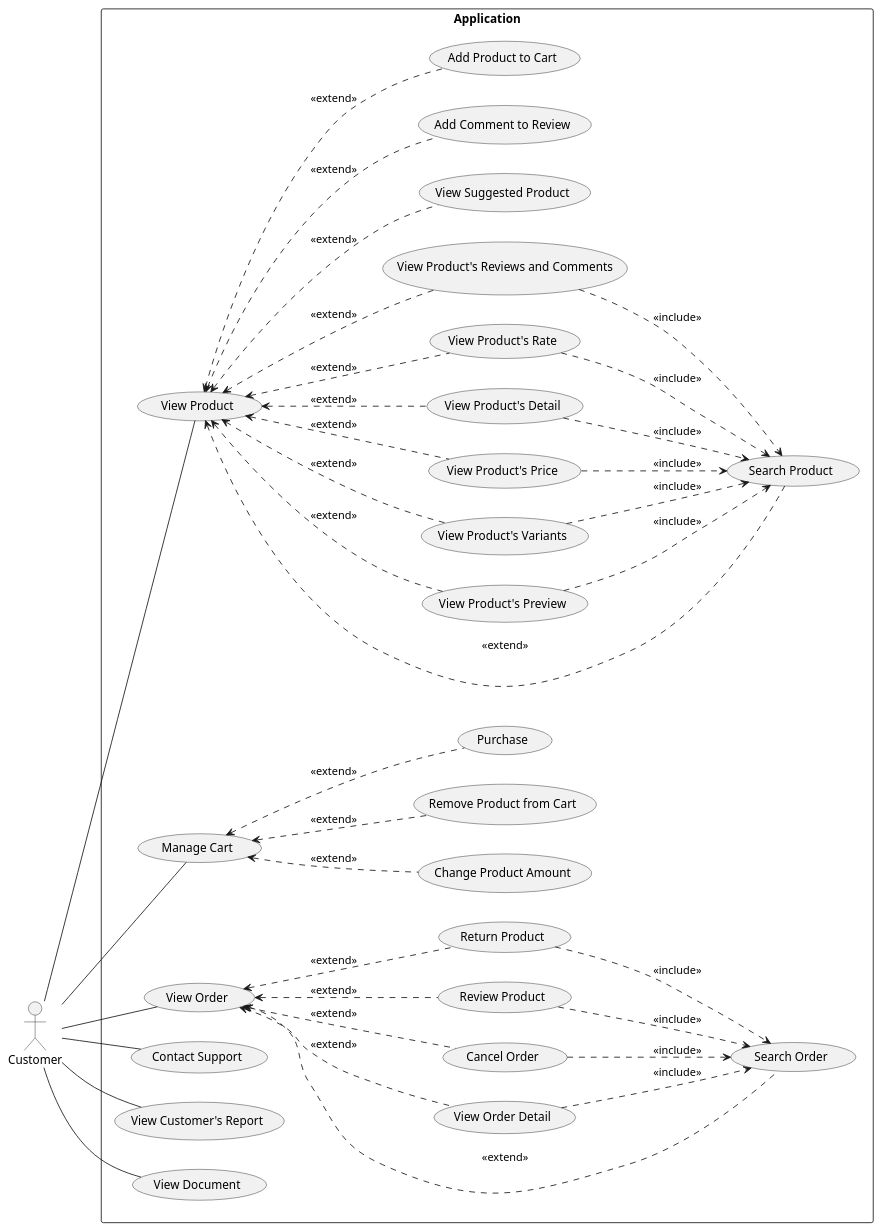
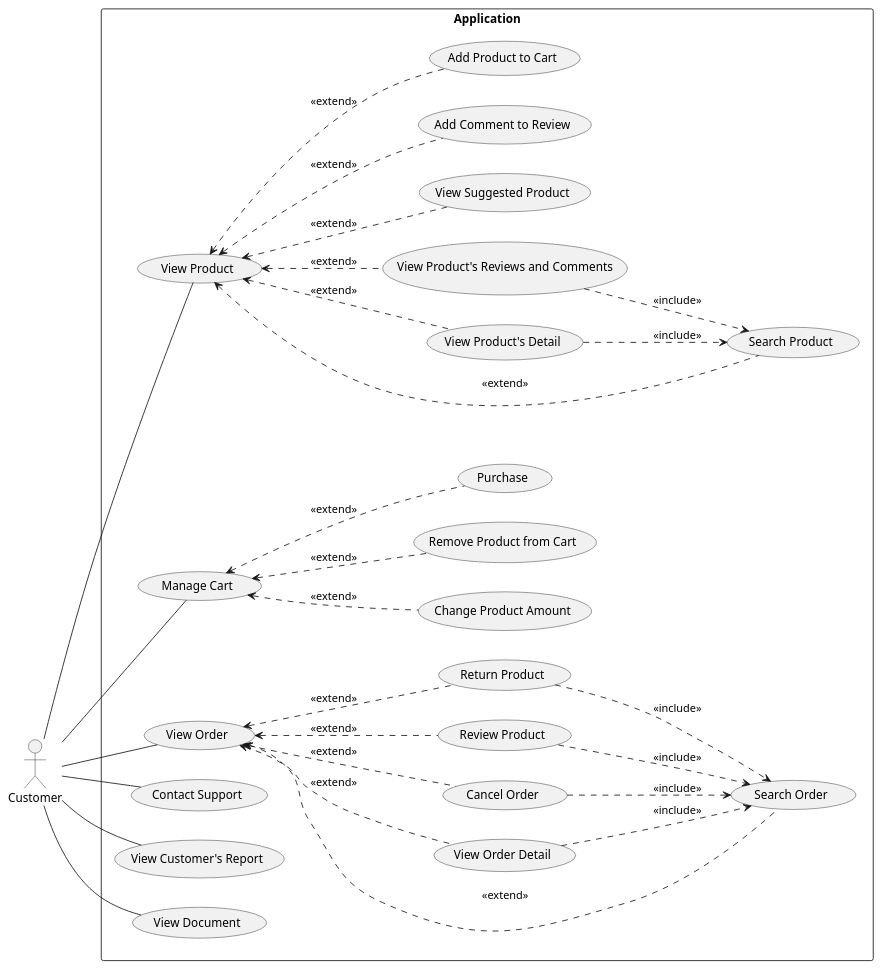
Before and after one commit to electricilies/electricilies.github.io: the diagram in docs/docs/use-case/customer.md, drawn with PlantUML. The commit also changed 14 other files, not shown here.

````diff
--- a/docs/docs/use-case/customer.md
+++ b/docs/docs/use-case/customer.md
@@ -3,70 +3,58 @@
 ```plantuml
 @startuml
 left to right direction
 actor Customer
 
 rectangle "Application" {
   usecase UC01 as "View Product"
   usecase UC02 as "Search Product"
-  usecase UC03 as "View Product's Preview"
-  usecase UC04 as "View Product's Variants"
-  usecase UC05 as "View Product's Price"
-  usecase UC06 as "View Product's Detail"
-  usecase UC07 as "View Product's Rate"
-  usecase UC08 as "View Product's Reviews and Comments"
-  usecase UC09 as "View Suggested Product"
-  usecase UC10 as "Add Comment to Review"
-  usecase UC11 as "Add Product to Cart"
-  usecase UC12 as "Manage Cart"
-  usecase UC13 as "Change Product Amount"
-  usecase UC14 as "Remove Product from Cart"
-  usecase UC15 as "Purchase"
-  usecase UC16 as "View Order"
-  usecase UC17 as "Search Order"
-  usecase UC18 as "View Order Detail"
-  usecase UC19 as "Cancel Order"
-  usecase UC20 as "Review Product"
-  usecase UC21 as "Return Product"
-  usecase UC22 as "Contact Support"
-  usecase UC23 as "View Customer's Report"
-  usecase UC24 as "View Document"
+  usecase UC03 as "View Product's Detail"
+  usecase UC04 as "View Product's Reviews and Comments"
+  usecase UC05 as "View Suggested Product"
+  usecase UC06 as "Add Comment to Review"
+  usecase UC07 as "Add Product to Cart"
+  usecase UC08 as "Manage Cart"
+  usecase UC09 as "Change Product Amount"
+  usecase UC10 as "Remove Product from Cart"
+  usecase UC11 as "Purchase"
+  usecase UC12 as "View Order"
+  usecase UC13 as "Search Order"
+  usecase UC14 as "View Order Detail"
+  usecase UC15 as "Cancel Order"
+  usecase UC16 as "Review Product"
+  usecase UC17 as "Return Product"
+  usecase UC18 as "Contact Support"
+  usecase UC19 as "View Customer's Report"
+  usecase UC20 as "View Document"
 }
 
 Customer -- UC01
+Customer -- UC08
 Customer -- UC12
-Customer -- UC16
-Customer -- UC22
-Customer -- UC23
-Customer -- UC24
+Customer -- UC18
+Customer -- UC19
+Customer -- UC20
 
 UC01 <.. UC02 : <<extend>>
 UC01 <.. UC03 : <<extend>>
 UC01 <.. UC04 : <<extend>>
 UC01 <.. UC05 : <<extend>>
 UC01 <.. UC06 : <<extend>>
 UC01 <.. UC07 : <<extend>>
-UC01 <.. UC08 : <<extend>>
-UC01 <.. UC09 : <<extend>>
-UC01 <.. UC10 : <<extend>>
-UC01 <.. UC11 : <<extend>>
 UC03 ..> UC02 : <<include>>
 UC04 ..> UC02 : <<include>>
-UC05 ..> UC02 : <<include>>
-UC06 ..> UC02 : <<include>>
-UC07 ..> UC02 : <<include>>
-UC08 ..> UC02 : <<include>>
+UC08 <.. UC09 : <<extend>>
+UC08 <.. UC10 : <<extend>>
+UC08 <.. UC11 : <<extend>>
 UC12 <.. UC13 : <<extend>>
 UC12 <.. UC14 : <<extend>>
 UC12 <.. UC15 : <<extend>>
-UC16 <.. UC17 : <<extend>>
-UC16 <.. UC18 : <<extend>>
-UC16 <.. UC19 : <<extend>>
-UC16 <.. UC20 : <<extend>>
-UC16 <.. UC21 : <<extend>>
-UC18 ..> UC17 : <<include>>
-UC19 ..> UC17 : <<include>>
-UC20 ..> UC17 : <<include>>
-UC21 ..> UC17 : <<include>>
+UC12 <.. UC16 : <<extend>>
+UC12 <.. UC17 : <<extend>>
+UC14 ..> UC13 : <<include>>
+UC15 ..> UC13 : <<include>>
+UC16 ..> UC13 : <<include>>
+UC17 ..> UC13 : <<include>>
 
 @enduml
 ```
````
